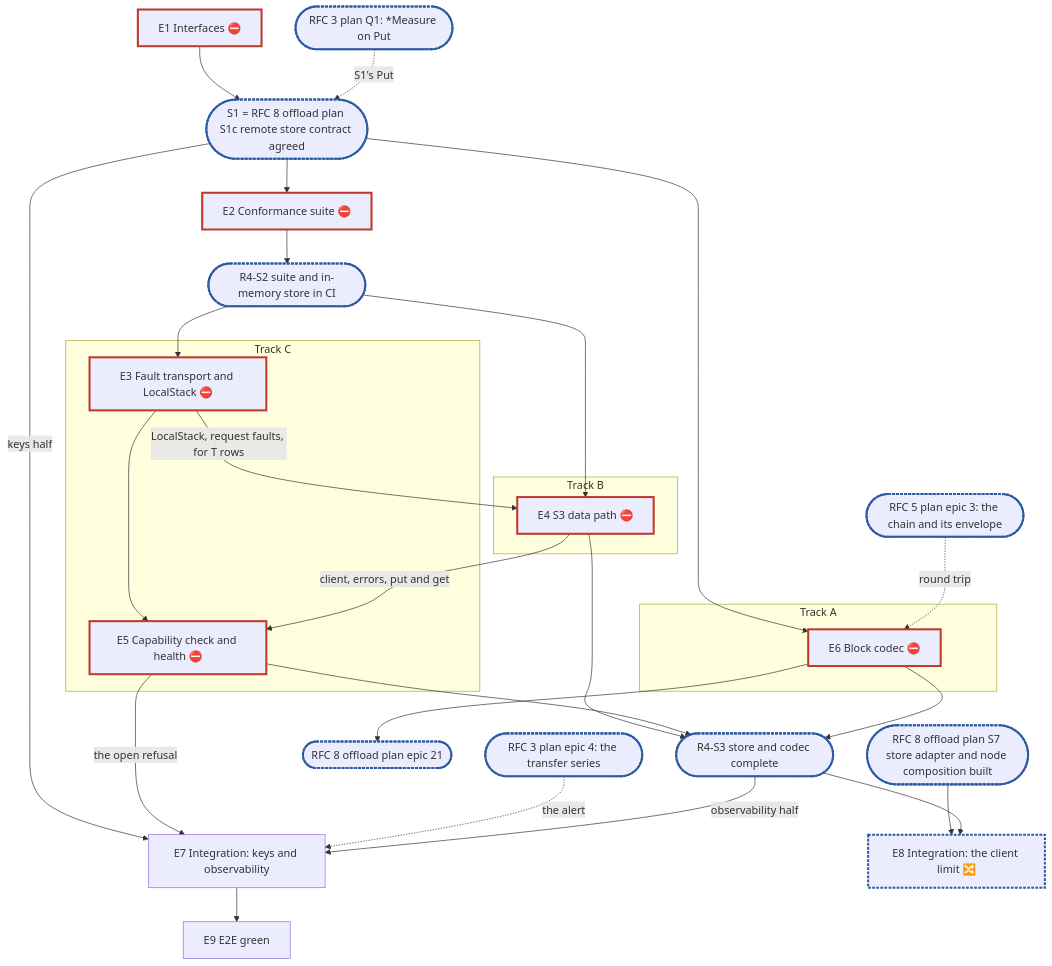
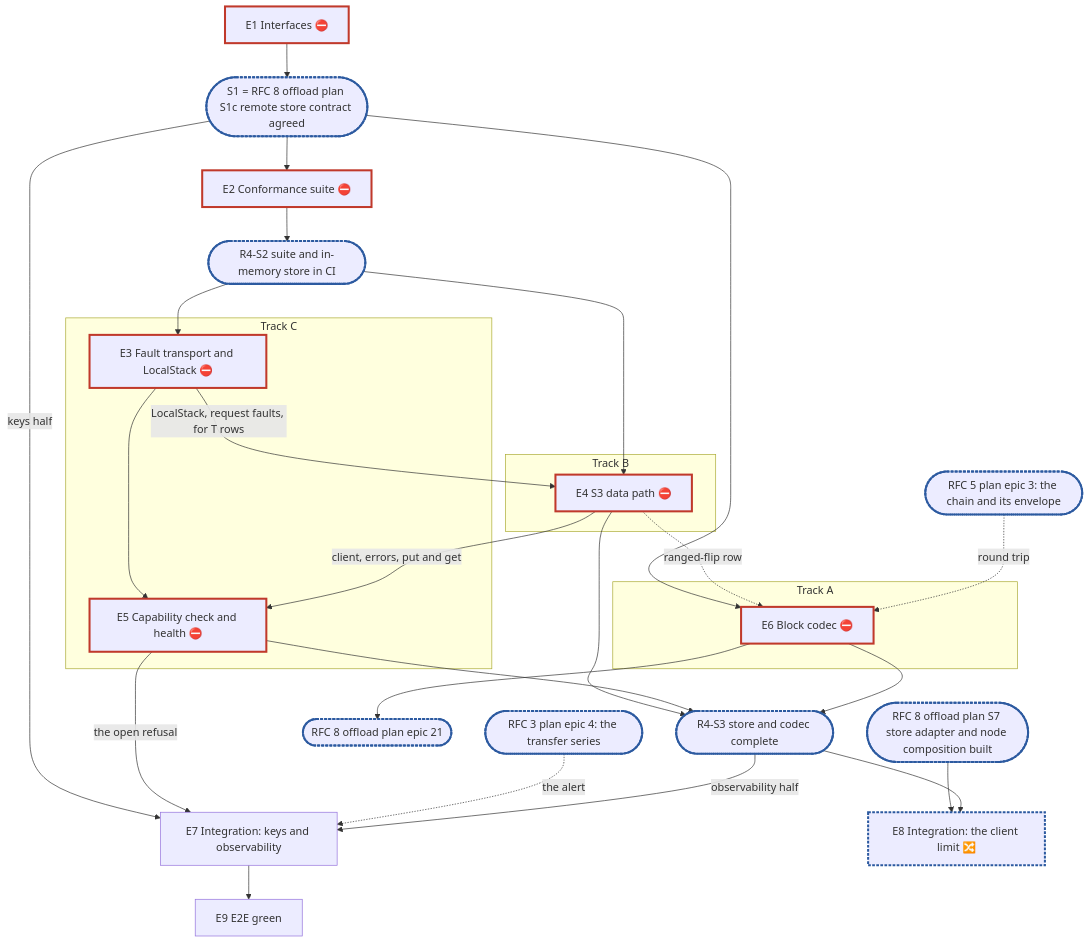
One commit to cubbit/dittofs changed the diagram in .planning/rfc-4-remote-tier-plan.md. Above: the diagram before and after it, drawn with Mermaid. The commit also changed other lines of this file and 1 other file, not shown here.

First line of the commit message:
docs(rfc-4): the fault transport never pretends a setting; Put carries RFC 3's *Measure

````diff
--- a/.planning/rfc-4-remote-tier-plan.md
+++ b/.planning/rfc-4-remote-tier-plan.md
@@ -325,31 +331,31 @@
 ```mermaid
 flowchart TD
   E1["E1 Interfaces ⛔"]:::blocker --> S1(["S1 = RFC 8 offload plan S1c remote store contract agreed"]):::sync
-  Q1(["RFC 3 plan Q1: *Measure on Put"]):::sync -. "S1's Put" .-> S1
   S1 --> E2["E2 Conformance suite ⛔"]:::blocker --> RS2(["R4-S2 suite and in-memory store in CI"]):::sync
   subgraph A["Track A"]
     E6["E6 Block codec ⛔"]:::blocker
   end
   subgraph B["Track B"]
     E4["E4 S3 data path ⛔"]:::blocker
   end
   subgraph C["Track C"]
     E3["E3 Fault transport and LocalStack ⛔"]:::blocker --> E5["E5 Capability check and health ⛔"]:::blocker
   end
   RS2 --> E3 & E4
   S1 --> E6
+  E4 -. "ranged-flip row" .-> E6
   R5(["RFC 5 plan epic 3: the chain and its envelope"]):::sync -. "round trip" .-> E6
   E3 -- "LocalStack, request faults, for T rows" --> E4
   E4 -- "client, errors, put and get" --> E5
   S1 -- "keys half" --> E7["E7 Integration: keys and observability"]
   E5 -- "the open refusal" --> E7
   R3(["RFC 3 plan epic 4: the transfer series"]):::sync -. "the alert" .-> E7
   E4 & E5 & E6 --> RS3(["R4-S3 store and codec complete"]):::sync
   RS3 -- "observability half" --> E7
   E6 --> R8(["RFC 8 offload plan epic 21"]):::sync
   S7(["RFC 8 offload plan S7 store adapter and node composition built"]):::sync --> E8["E8 Integration: the client limit 🔀"]:::sync
   RS3 --> E8
   E7 --> E9["E9 E2E green"]
   classDef blocker stroke:#c0392b,stroke-width:3px
   classDef sync stroke:#2c5aa0,stroke-width:3px,stroke-dasharray:4 2
 ```
````
